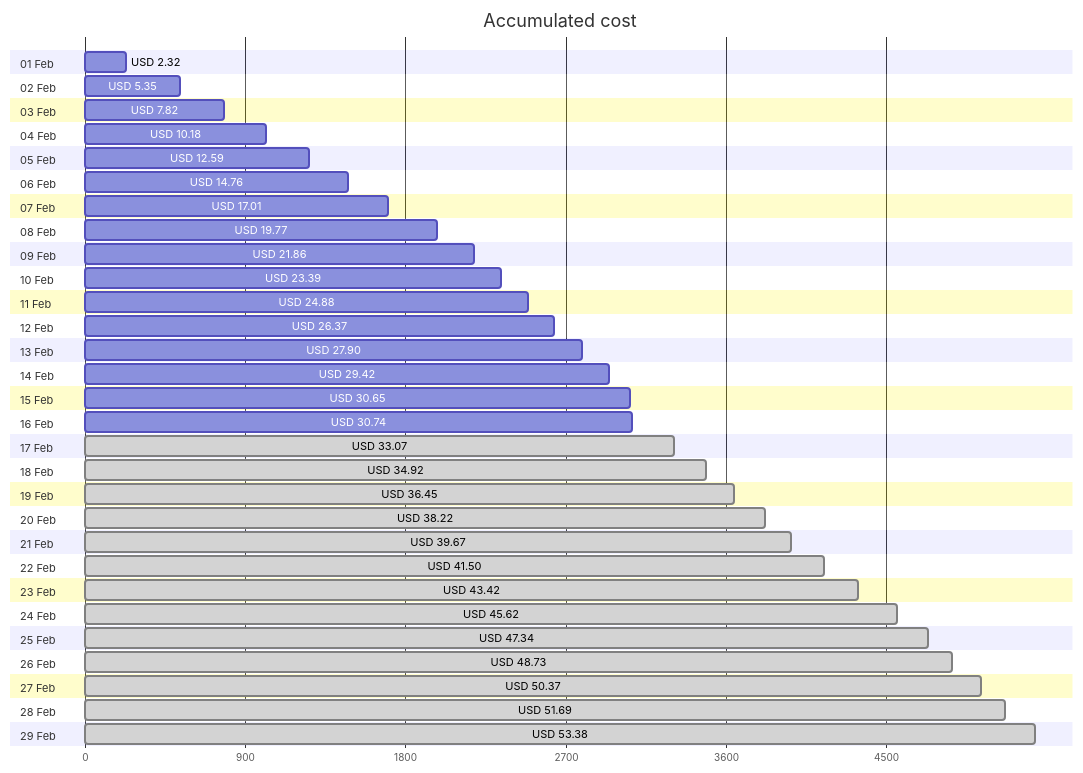
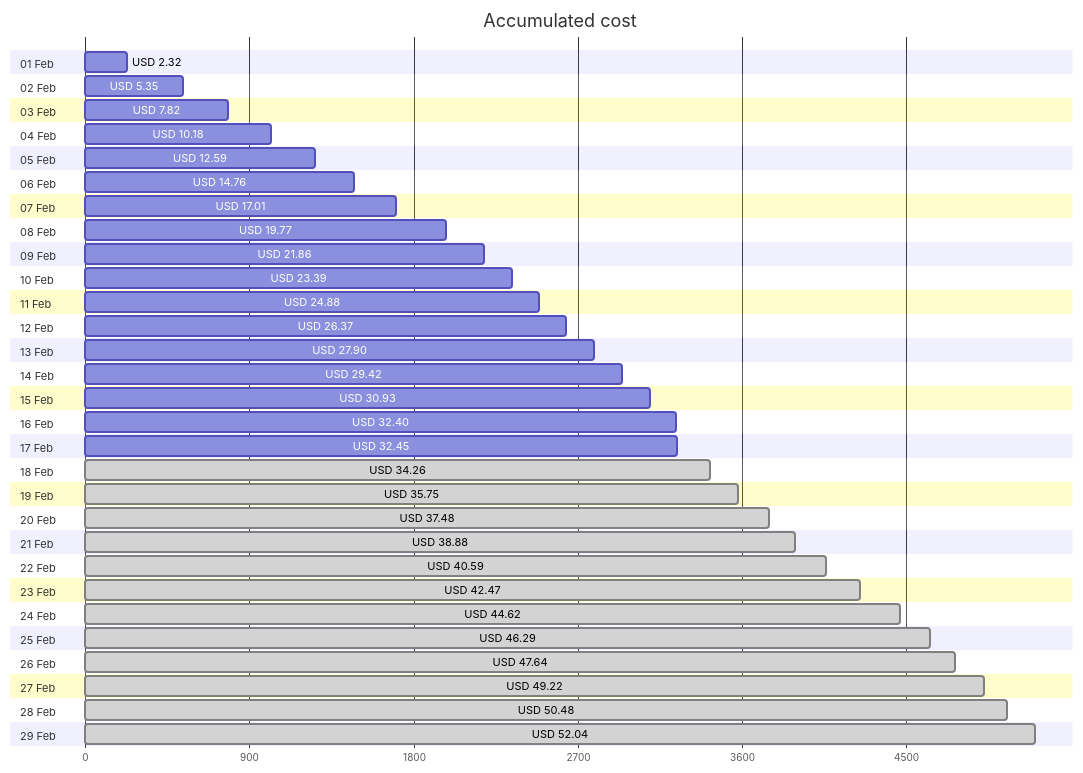
Before and after one commit to jpfulton/azure-personal-reports: the first of 4 diagrams in cost-reports/personal-network/README.md, drawn with Mermaid. The commit also changed other lines of this file and 8 other files, not shown here.

````diff
--- a/cost-reports/personal-network/README.md
+++ b/cost-reports/personal-network/README.md
@@ -20,64 +20,64 @@
 ```mermaid
 gantt
    title Accumulated cost
    dateFormat  X
    axisFormat %s
    section 01 Feb
    USD 2.32 :0, 232
    section 02 Feb
    USD 5.35 :0, 535
    section 03 Feb
    USD 7.82 :0, 782
    section 04 Feb
    USD 10.18 :0, 1018
    section 05 Feb
    USD 12.59 :0, 1259
    section 06 Feb
    USD 14.76 :0, 1476
    section 07 Feb
    USD 17.01 :0, 1701
    section 08 Feb
    USD 19.77 :0, 1977
    section 09 Feb
    USD 21.86 :0, 2186
    section 10 Feb
    USD 23.39 :0, 2339
    section 11 Feb
    USD 24.88 :0, 2488
    section 12 Feb
    USD 26.37 :0, 2637
    section 13 Feb
    USD 27.90 :0, 2790
    section 14 Feb
    USD 29.42 :0, 2942
    section 15 Feb
-   USD 30.65 :0, 3065
+   USD 30.93 :0, 3093
    section 16 Feb
-   USD 30.74 :0, 3074
+   USD 32.40 :0, 3240
    section 17 Feb
-   USD 33.07 : done, 0, 3307
+   USD 32.45 :0, 3245
    section 18 Feb
-   USD 34.92 : done, 0, 3492
+   USD 34.26 : done, 0, 3426
    section 19 Feb
-   USD 36.45 : done, 0, 3645
+   USD 35.75 : done, 0, 3575
    section 20 Feb
-   USD 38.22 : done, 0, 3822
+   USD 37.48 : done, 0, 3748
    section 21 Feb
-   USD 39.67 : done, 0, 3967
+   USD 38.88 : done, 0, 3888
    section 22 Feb
-   USD 41.50 : done, 0, 4150
+   USD 40.59 : done, 0, 4059
    section 23 Feb
-   USD 43.42 : done, 0, 4342
+   USD 42.47 : done, 0, 4247
    section 24 Feb
-   USD 45.62 : done, 0, 4562
+   USD 44.62 : done, 0, 4462
    section 25 Feb
-   USD 47.34 : done, 0, 4734
+   USD 46.29 : done, 0, 4629
    section 26 Feb
-   USD 48.73 : done, 0, 4873
+   USD 47.64 : done, 0, 4764
    section 27 Feb
-   USD 50.37 : done, 0, 5037
+   USD 49.22 : done, 0, 4922
    section 28 Feb
-   USD 51.69 : done, 0, 5169
+   USD 50.48 : done, 0, 5048
    section 29 Feb
-   USD 53.38 : done, 0, 5338
+   USD 52.04 : done, 0, 5204
 ```
````
